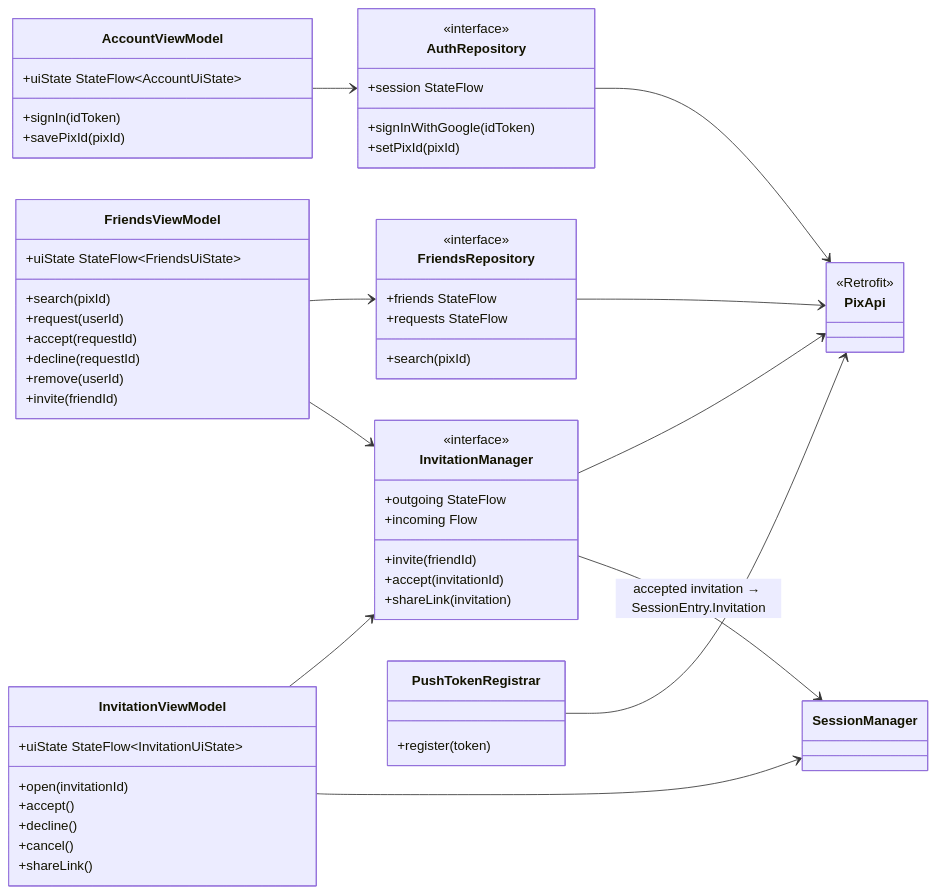
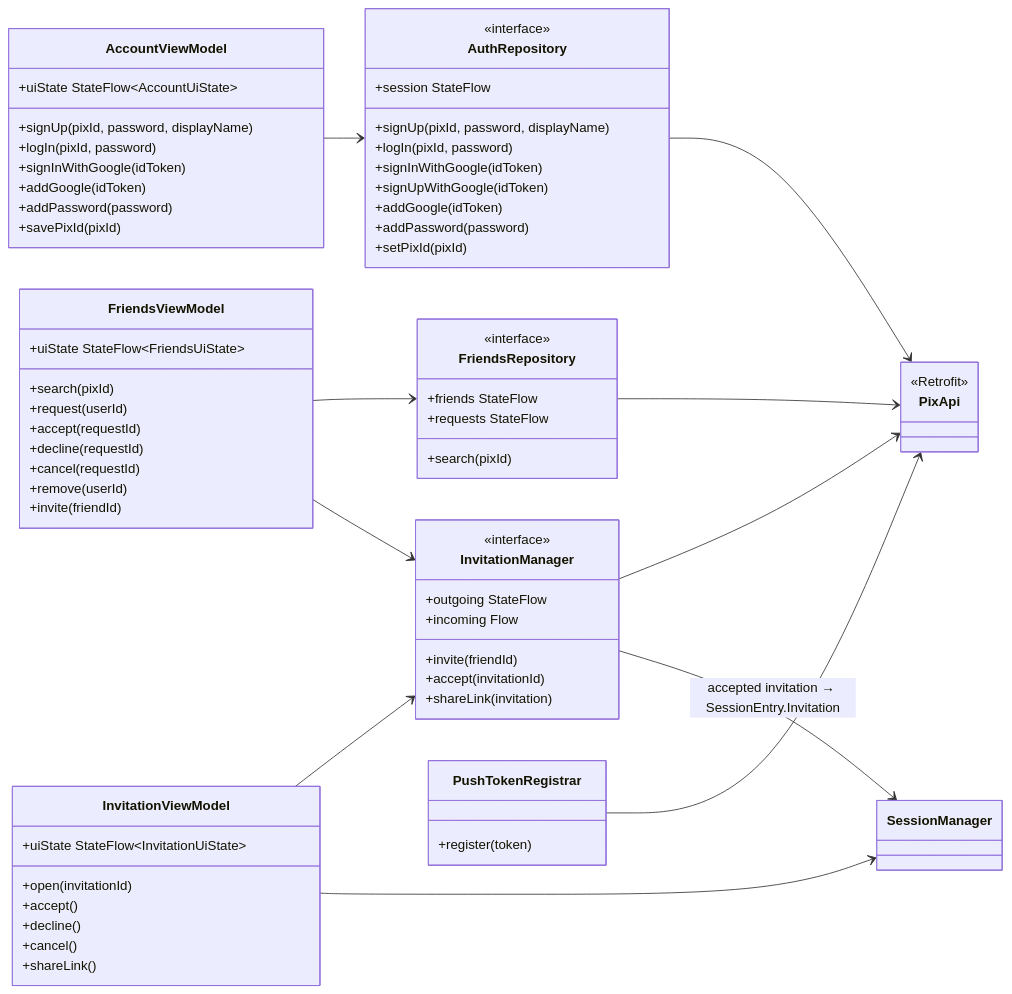
One commit to snuhcs-course/swpp-2026-project-team-10 changed the ninth of 12 diagrams in wiki/Design-Documentation.md. Above: the diagram before and after it, drawn with Mermaid. The commit also changed other lines of this file and 43 other files, not shown here.

````diff
--- a/wiki/Design-Documentation.md
+++ b/wiki/Design-Documentation.md
@@ -623,62 +632,72 @@
 ```mermaid
 classDiagram
   direction LR
   class AccountViewModel {
     +uiState StateFlow~AccountUiState~
-    +signIn(idToken)
+    +signUp(pixId, password, displayName)
+    +logIn(pixId, password)
+    +signInWithGoogle(idToken)
+    +addGoogle(idToken)
+    +addPassword(password)
     +savePixId(pixId)
   }
   class FriendsViewModel {
     +uiState StateFlow~FriendsUiState~
     +search(pixId)
     +request(userId)
     +accept(requestId)
     +decline(requestId)
+    +cancel(requestId)
     +remove(userId)
     +invite(friendId)
   }
   class InvitationViewModel {
     +uiState StateFlow~InvitationUiState~
     +open(invitationId)
     +accept()
     +decline()
     +cancel()
     +shareLink()
   }
   class AuthRepository {
     <<interface>>
     +session StateFlow
+    +signUp(pixId, password, displayName)
+    +logIn(pixId, password)
     +signInWithGoogle(idToken)
+    +signUpWithGoogle(idToken)
+    +addGoogle(idToken)
+    +addPassword(password)
     +setPixId(pixId)
   }
   class FriendsRepository {
     <<interface>>
     +friends StateFlow
     +requests StateFlow
     +search(pixId)
   }
   class InvitationManager {
     <<interface>>
     +outgoing StateFlow
     +incoming Flow
     +invite(friendId)
     +accept(invitationId)
     +shareLink(invitation)
   }
   class PushTokenRegistrar {
     +register(token)
   }
   class PixApi {
     <<Retrofit>>
   }
   AccountViewModel --> AuthRepository
   FriendsViewModel --> FriendsRepository
   FriendsViewModel --> InvitationManager
   InvitationViewModel --> InvitationManager
   InvitationViewModel --> SessionManager
   AuthRepository --> PixApi
   FriendsRepository --> PixApi
   InvitationManager --> PixApi
   InvitationManager --> SessionManager : accepted invitation → SessionEntry.Invitation
   PushTokenRegistrar --> PixApi
 ```
````
